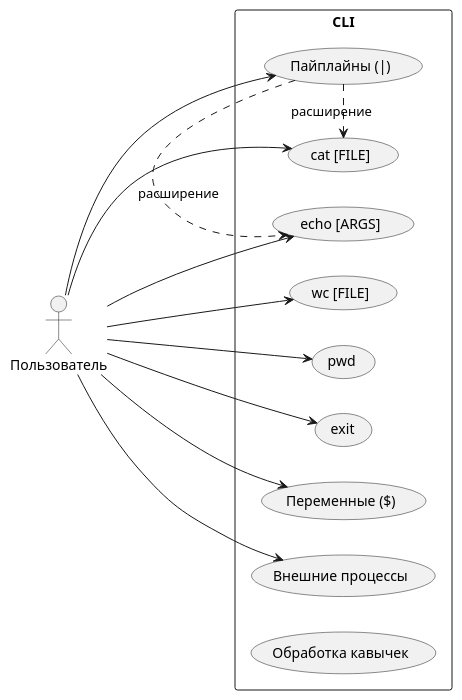
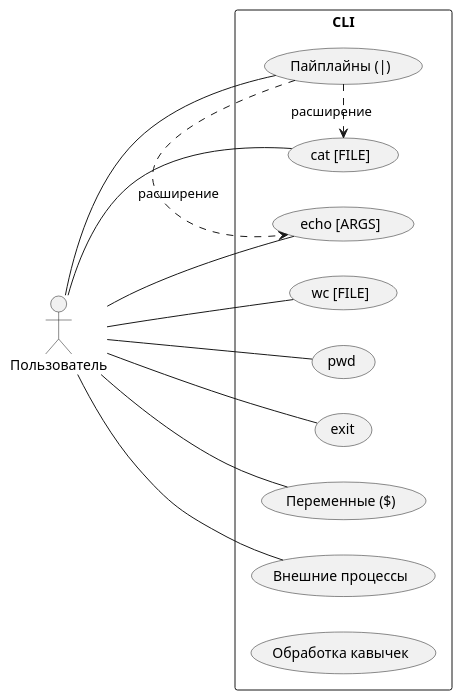
One commit to EkatherinaS/itmo-sd-bash-2025 changed the diagram in diagrams/useCase.puml. Above: the diagram before and after it, drawn with PlantUML.

Commit message:
use case без стрелок

```diff
--- a/diagrams/useCase.puml
+++ b/diagrams/useCase.puml
@@ -1,28 +1,28 @@
 @startuml
 left to right direction
 actor Пользователь as User
 
 rectangle CLI {
   usecase "cat [FILE]" as UC1
   usecase "echo [ARGS]" as UC2
   usecase "wc [FILE]" as UC3
   usecase "pwd" as UC4
   usecase "exit" as UC5
   usecase "Переменные ($)" as UC7
   usecase "Пайплайны (|)" as UC8
   usecase "Внешние процессы" as UC9
   usecase "Обработка кавычек" as UC6
 }
 
-User --> UC1
-User --> UC2
-User --> UC3
-User --> UC4
-User --> UC5
-User --> UC7
-User --> UC8
-User --> UC9
+User -- UC1
+User -- UC2
+User -- UC3
+User -- UC4
+User -- UC5
+User -- UC7
+User -- UC8
+User -- UC9
 
 UC8 .> UC1 : расширение
 UC8 .> UC2 : расширение
 @enduml
```
